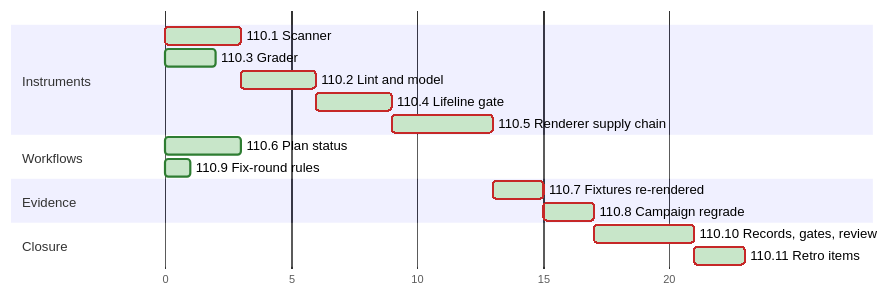
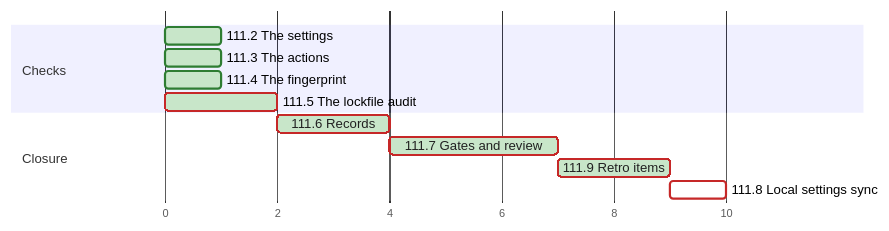
One commit to MatrixFounder/Agentic-development changed the diagram in docs/PLAN.md. Above: the diagram before and after it, drawn with Mermaid. The commit also changed other lines of this file and 43 other files, not shown here.

Commit message:
feat(checks that cover what they claim: a framework-only allow list, pinned actions, a full fingerprint, every lockfile (WI-31))

````diff
--- a/docs/PLAN.md
+++ b/docs/PLAN.md
@@ -360,25 +293,20 @@
 ```mermaid
-%%{init: {"look": "classic", "themeVariables": {"doneTaskBkgColor": "#C8E6C9", "doneTaskBorderColor": "#2E7D32", "activeTaskBkgColor": "#FFF3C4", "activeTaskBorderColor": "#F9A825", "taskBkgColor": "#FFFFFF", "taskBorderColor": "#9E9E9E", "critBkgColor": "#FFFFFF", "critBorderColor": "#C62828", "taskTextColor": "#212121", "taskTextDarkColor": "#212121"}, "gantt": {"barHeight": 16, "barGap": 4, "topPadding": 50, "fontSize": 12, "sectionFontSize": 12, "numberSectionStyles": 2, "useWidth": 900, "leftPadding": 140, "rightPadding": 233}, "themeCSS": ".grid .tick line { stroke-opacity: 0.25; } .activeText0.taskTextOutsideRight, .activeText1.taskTextOutsideRight, .activeText2.taskTextOutsideRight, .activeText3.taskTextOutsideRight, .activeCritText0.taskTextOutsideRight, .activeCritText1.taskTextOutsideRight, .activeCritText2.taskTextOutsideRight, .activeCritText3.taskTextOutsideRight, .doneText0.taskTextOutsideRight, .doneText1.taskTextOutsideRight, .doneText2.taskTextOutsideRight, .doneText3.taskTextOutsideRight, .doneCritText0.taskTextOutsideRight, .doneCritText1.taskTextOutsideRight, .doneCritText2.taskTextOutsideRight, .doneCritText3.taskTextOutsideRight, .activeText0.taskTextOutsideLeft, .activeText1.taskTextOutsideLeft, .activeText2.taskTextOutsideLeft, .activeText3.taskTextOutsideLeft, .activeCritText0.taskTextOutsideLeft, .activeCritText1.taskTextOutsideLeft, .activeCritText2.taskTextOutsideLeft, .activeCritText3.taskTextOutsideLeft, .doneText0.taskTextOutsideLeft, .doneText1.taskTextOutsideLeft, .doneText2.taskTextOutsideLeft, .doneText3.taskTextOutsideLeft, .doneCritText0.taskTextOutsideLeft, .doneCritText1.taskTextOutsideLeft, .doneCritText2.taskTextOutsideLeft, .doneCritText3.taskTextOutsideLeft { fill: #ffffff !important; mix-blend-mode: difference; }"}}%%
+%%{init: {"look": "classic", "themeVariables": {"doneTaskBkgColor": "#C8E6C9", "doneTaskBorderColor": "#2E7D32", "activeTaskBkgColor": "#FFF3C4", "activeTaskBorderColor": "#F9A825", "taskBkgColor": "#FFFFFF", "taskBorderColor": "#9E9E9E", "critBkgColor": "#FFFFFF", "critBorderColor": "#C62828", "taskTextColor": "#212121", "taskTextDarkColor": "#212121"}, "gantt": {"barHeight": 16, "barGap": 4, "topPadding": 50, "fontSize": 12, "sectionFontSize": 12, "numberSectionStyles": 2, "useWidth": 900, "leftPadding": 140, "rightPadding": 250}, "themeCSS": ".grid .tick line { stroke-opacity: 0.25; } .activeText0.taskTextOutsideRight, .activeText1.taskTextOutsideRight, .activeText2.taskTextOutsideRight, .activeText3.taskTextOutsideRight, .activeCritText0.taskTextOutsideRight, .activeCritText1.taskTextOutsideRight, .activeCritText2.taskTextOutsideRight, .activeCritText3.taskTextOutsideRight, .doneText0.taskTextOutsideRight, .doneText1.taskTextOutsideRight, .doneText2.taskTextOutsideRight, .doneText3.taskTextOutsideRight, .doneCritText0.taskTextOutsideRight, .doneCritText1.taskTextOutsideRight, .doneCritText2.taskTextOutsideRight, .doneCritText3.taskTextOutsideRight, .activeText0.taskTextOutsideLeft, .activeText1.taskTextOutsideLeft, .activeText2.taskTextOutsideLeft, .activeText3.taskTextOutsideLeft, .activeCritText0.taskTextOutsideLeft, .activeCritText1.taskTextOutsideLeft, .activeCritText2.taskTextOutsideLeft, .activeCritText3.taskTextOutsideLeft, .doneText0.taskTextOutsideLeft, .doneText1.taskTextOutsideLeft, .doneText2.taskTextOutsideLeft, .doneText3.taskTextOutsideLeft, .doneCritText0.taskTextOutsideLeft, .doneCritText1.taskTextOutsideLeft, .doneCritText2.taskTextOutsideLeft, .doneCritText3.taskTextOutsideLeft { fill: #ffffff !important; mix-blend-mode: difference; }"}}%%
 gantt
   accTitle: Plan chart
   accDescr: Each bar starts when its last dependency ends and lasts its estimate, the axis counts estimate hours from the start, not dates.
   dateFormat x
   axisFormat %Q
-  tickInterval 5millisecond
+  tickInterval 2millisecond
   todayMarker off
-  section Instruments
-    110.1 Scanner:done, crit, t110x1, 0, 3ms
-    110.3 Grader:done, t110x3, 0, 2ms
-    110.2 Lint and model:done, crit, t110x2, 3, 3ms
-    110.4 Lifeline gate:done, crit, t110x4, 6, 3ms
-    110.5 Renderer supply chain:done, crit, t110x5, 9, 4ms
-  section Workflows
-    110.6 Plan status:done, t110x6, 0, 3ms
-    110.9 Fix-round rules:done, t110x9, 0, 1ms
-  section Evidence
-    110.7 Fixtures re-rendered:done, crit, t110x7, 13, 2ms
-    110.8 Campaign regrade:done, crit, t110x8, 15, 2ms
+  section Checks
+    111.2 The settings:done, t111x2, 0, 1ms
+    111.3 The actions:done, t111x3, 0, 1ms
+    111.4 The fingerprint:done, t111x4, 0, 1ms
+    111.5 The lockfile audit:done, crit, t111x5, 0, 2ms
   section Closure
-    110.10 Records, gates, review:done, crit, t110x10, 17, 4ms
-    110.11 Retro items:done, crit, t110x11, 21, 2ms
+    111.6 Records:done, crit, t111x6, 2, 2ms
+    111.7 Gates and review:done, crit, t111x7, 4, 3ms
+    111.9 Retro items:done, crit, t111x9, 7, 2ms
+    111.8 Local settings sync:crit, t111x8, 9, 1ms
 ```
````
